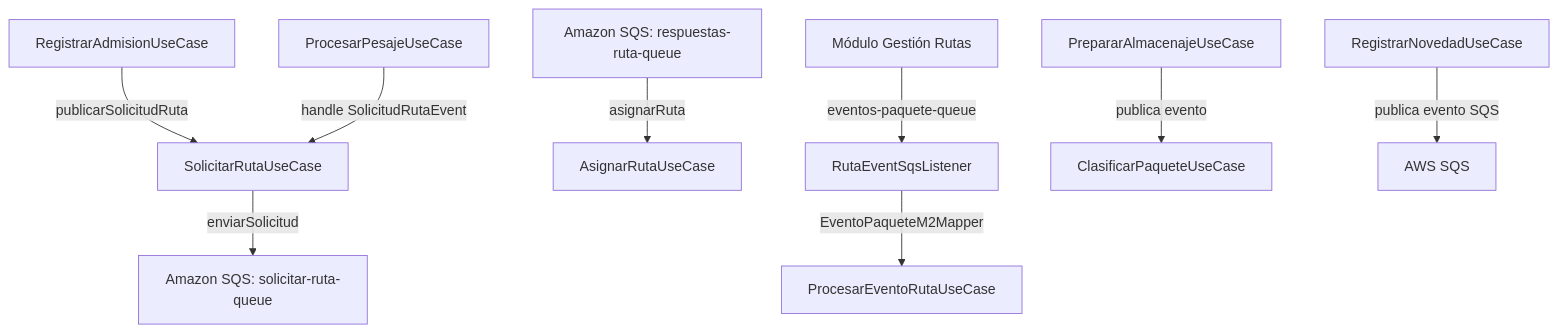
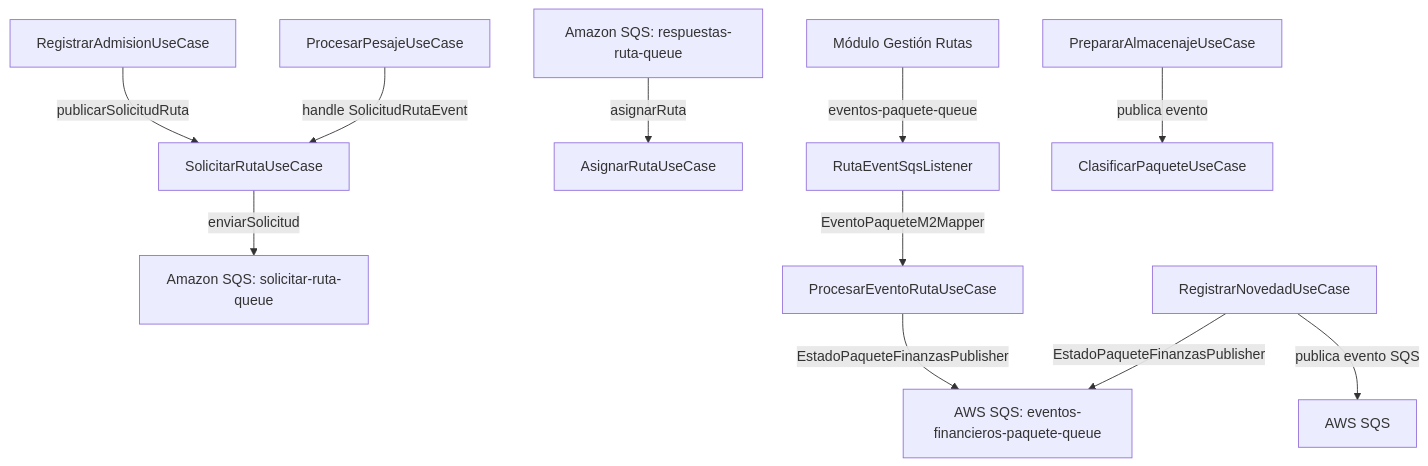
Before and after one commit to InsoftUnimag/20261LogisticsPackages: the diagram in Backend/Externo/Agent/Project/02-Application-UseCases.md, drawn with Mermaid. The commit also changed other lines of this file and 10 other files, not shown here.

````diff
--- a/Backend/Externo/Agent/Project/02-Application-UseCases.md
+++ b/Backend/Externo/Agent/Project/02-Application-UseCases.md
@@ -181,11 +180,13 @@
 ```mermaid
 graph TD
     UC1[RegistrarAdmisionUseCase] -->|publicarSolicitudRuta| UC5[SolicitarRutaUseCase]
     UC2[ProcesarPesajeUseCase] -->|handle SolicitudRutaEvent| UC5
     UC5 -->|enviarSolicitud| SQS_OUT[Amazon SQS: solicitar-ruta-queue]
     SQS_IN[Amazon SQS: respuestas-ruta-queue] -->|asignarRuta| UC6[AsignarRutaUseCase]
     MOD2[Módulo Gestión Rutas] -->|eventos-paquete-queue| LSN2[RutaEventSqsListener]
-    LSN2 -->|EventoPaqueteM2Mapper| UC9[ProcesarEventoRutaUseCase]
+    LSN2 -->|EventoPaqueteM2Mapper| UC8[ProcesarEventoRutaUseCase]
     UC4[PrepararAlmacenajeUseCase] -->|publica evento| UC3[ClasificarPaqueteUseCase]
-    UC10[RegistrarNovedadUseCase] -->|publica evento SQS| SQS[AWS SQS]
+    UC9[RegistrarNovedadUseCase] -->|publica evento SQS| SQS[AWS SQS]
+    UC8 -->|EstadoPaqueteFinanzasPublisher| M3_SQS[AWS SQS: eventos-financieros-paquete-queue]
+    UC9 -->|EstadoPaqueteFinanzasPublisher| M3_SQS
 ```
````
